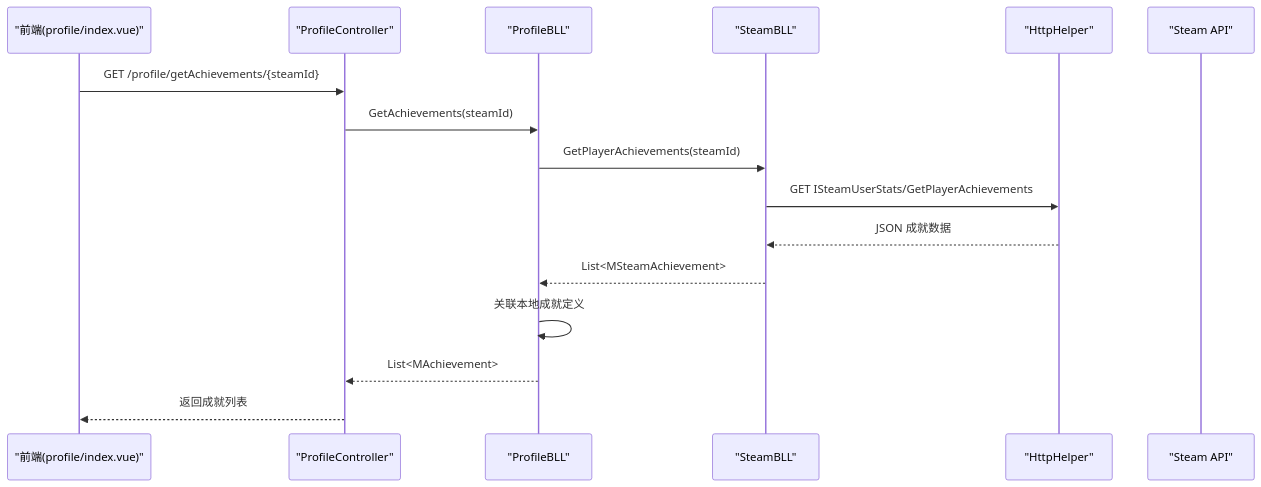
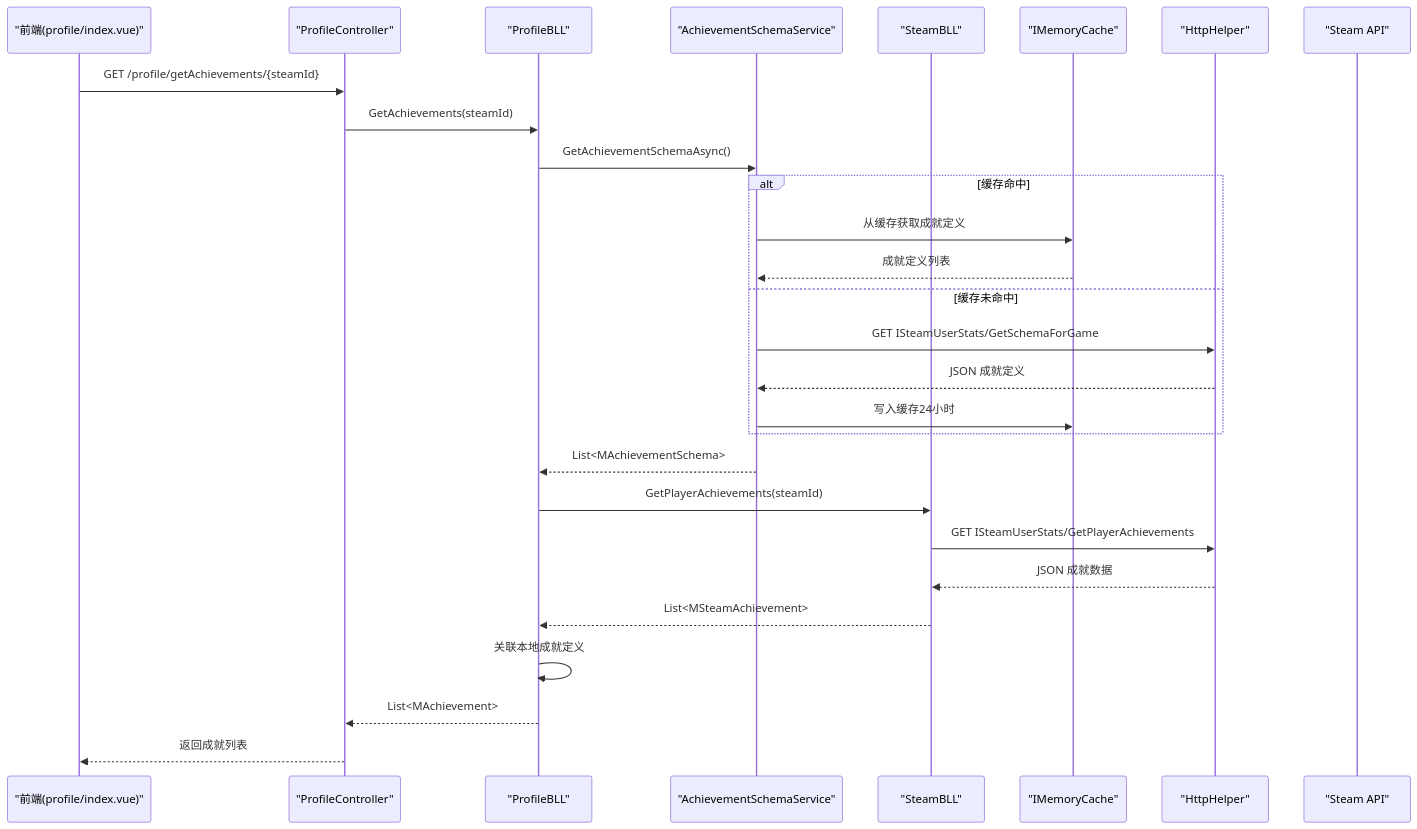
One commit to TinyMaD/SpeedRunnersLab changed the second of 6 diagrams in .qoder/repowiki/zh/content/后端 API 服务/Steam 集成模块.md. Above: the diagram before and after it, drawn with Mermaid. The commit also changed other lines of this file and 9 other files, not shown here.

````diff
--- a/.qoder/repowiki/zh/content/后端 API 服务/Steam 集成模块.md
+++ b/.qoder/repowiki/zh/content/后端 API 服务/Steam 集成模块.md
@@ -156,18 +177,30 @@
 ```mermaid
 sequenceDiagram
 participant FE as "前端(profile/index.vue)"
 participant API as "ProfileController"
-participant BLL as "ProfileBLL"
+participant PB as "ProfileBLL"
+participant ASC as "AchievementSchemaService"
 participant SBLL as "SteamBLL"
+participant MC as "IMemoryCache"
 participant HTTP as "HttpHelper"
 participant STEAM as "Steam API"
 FE->>API : GET /profile/getAchievements/{steamId}
-API->>BLL : GetAchievements(steamId)
-BLL->>SBLL : GetPlayerAchievements(steamId)
+API->>PB : GetAchievements(steamId)
+PB->>ASC : GetAchievementSchemaAsync()
+ALT 缓存命中
+ASC->>MC : 从缓存获取成就定义
+MC-->>ASC : 成就定义列表
+ELSE 缓存未命中
+ASC->>HTTP : GET ISteamUserStats/GetSchemaForGame
+HTTP-->>ASC : JSON 成就定义
+ASC->>MC : 写入缓存24小时
+END
+ASC-->>PB : List<MAchievementSchema>
+PB->>SBLL : GetPlayerAchievements(steamId)
 SBLL->>HTTP : GET ISteamUserStats/GetPlayerAchievements
 HTTP-->>SBLL : JSON 成就数据
-SBLL-->>BLL : List<MSteamAchievement>
-BLL->>BLL : 关联本地成就定义
-BLL-->>API : List<MAchievement>
+SBLL-->>PB : List<MSteamAchievement>
+PB->>PB : 关联本地成就定义
+PB-->>API : List<MAchievement>
 API-->>FE : 返回成就列表
 ```
````
